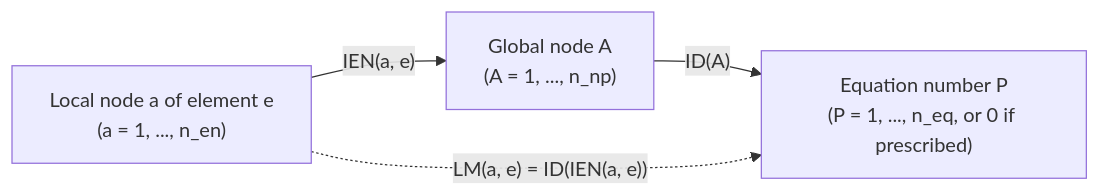
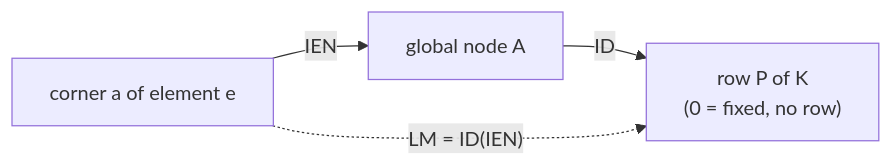
Before and after one commit to EthanLind2/FEA-Visuals: the first of 2 diagrams in hughes-2-6-id-ien-lm.qmd, drawn with Mermaid. The commit also changed other lines of this file and 1 other file, not shown here.

First line of the commit message:
Rewrite the ID/IEN/LM study guide: shorter, purpose-first

````diff
--- a/hughes-2-6-id-ien-lm.qmd
+++ b/hughes-2-6-id-ien-lm.qmd
@@ -124,7 +135,7 @@
 ```{mermaid}
-%%| fig-cap: "The three numbering systems and the three tables that connect them. LM is just IEN followed by ID, stored once so the program does not have to do two lookups every time."
+%%| fig-cap: "Corner → node → equation. LM does both steps at once."
 flowchart LR
-  L["Local node a of element e<br>(a = 1, ..., n_en)"] -- "IEN(a, e)" --> G["Global node A<br>(A = 1, ..., n_np)"]
-  G -- "ID(A)" --> P["Equation number P<br>(P = 1, ..., n_eq, or 0 if prescribed)"]
-  L -. "LM(a, e) = ID(IEN(a, e))" .-> P
+  L["corner a of element e"] -- "IEN" --> G["global node A"]
+  G -- "ID" --> P["row P of K<br>(0 = fixed, no row)"]
+  L -. "LM = ID(IEN)" .-> P
 ```
````
